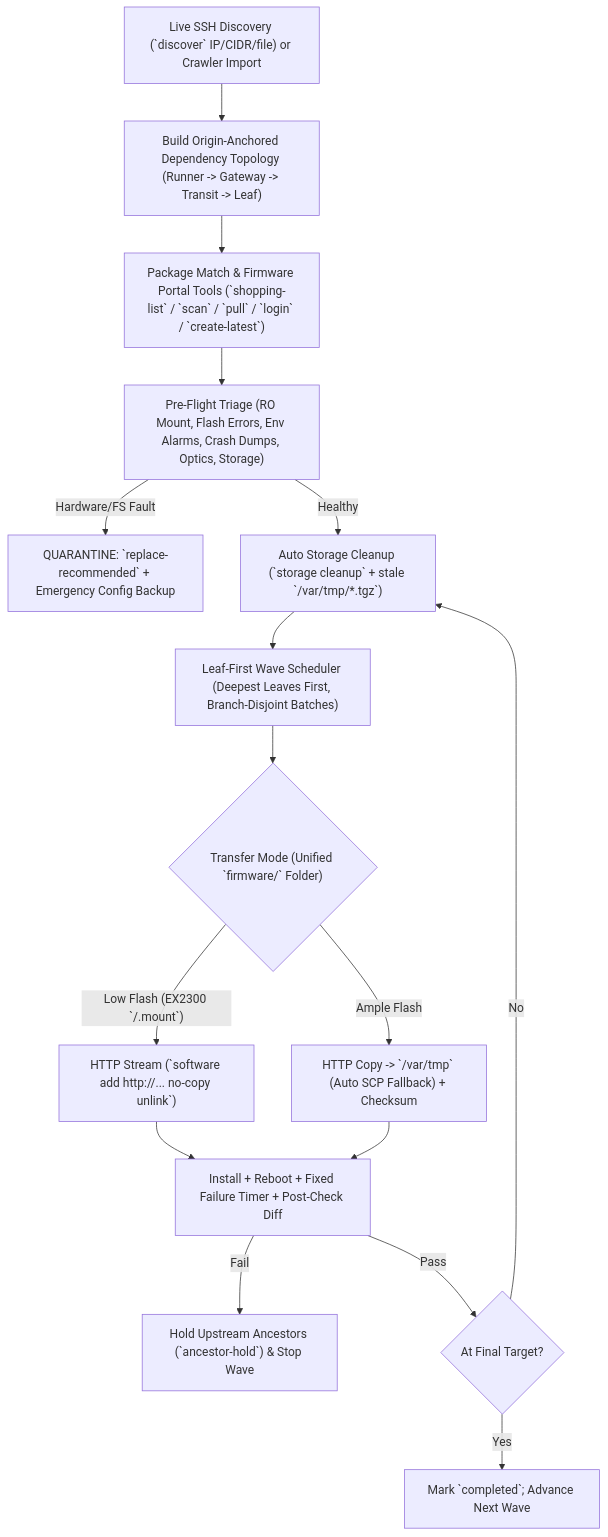
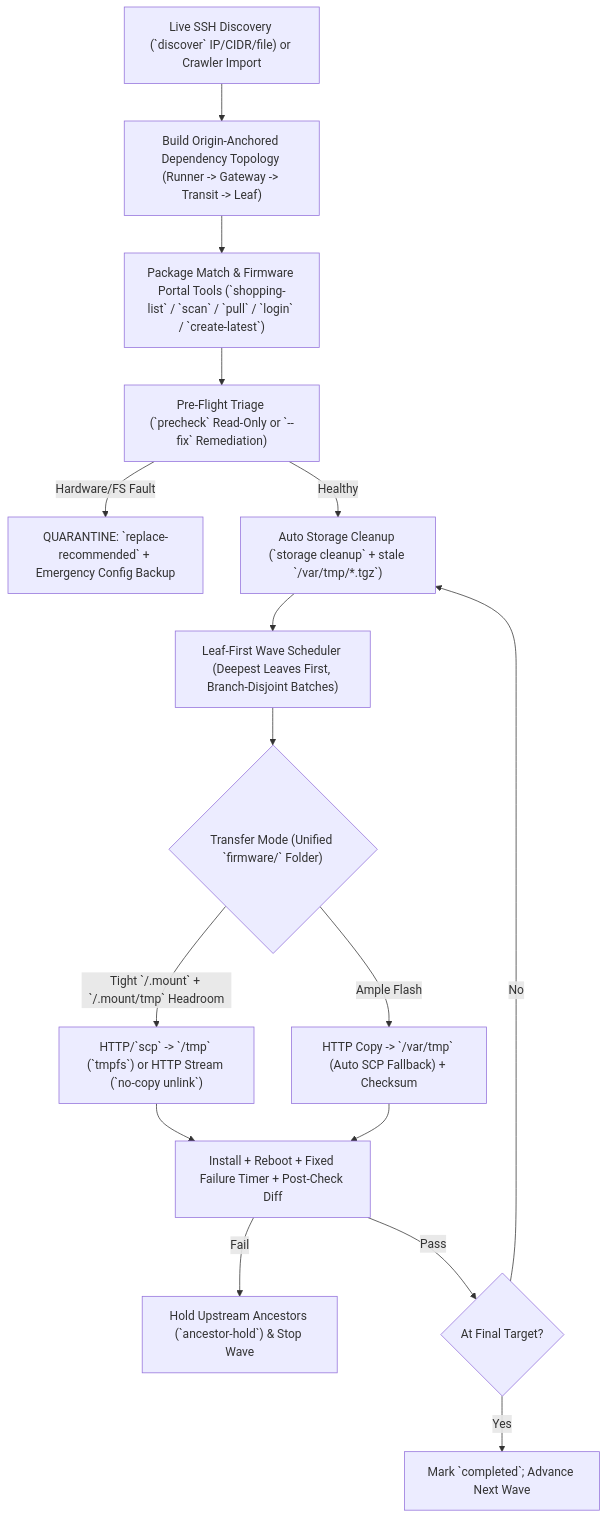
One commit to leifdavisson/junos-switch-upgrader changed the diagram in README.md. Above: the diagram before and after it, drawn with Mermaid. The commit also changed other lines of this file and 11 other files, not shown here.

First line of the commit message:
Add AAA-only SSH gate, precheck --fix with explicit fallback user, ssh-agent fix, and tmpfs/replay tests

````diff
--- a/README.md
+++ b/README.md
@@ -11,17 +11,17 @@
 ```mermaid
 flowchart TD
     A["Live SSH Discovery (`discover` IP/CIDR/file) or Crawler Import"] --> B["Build Origin-Anchored Dependency Topology (Runner -> Gateway -> Transit -> Leaf)"]
     B --> C["Package Match & Firmware Portal Tools (`shopping-list` / `scan` / `pull` / `login` / `create-latest`)"]
-    C --> D["Pre-Flight Triage (RO Mount, Flash Errors, Env Alarms, Crash Dumps, Optics, Storage)"]
+    C --> D["Pre-Flight Triage (`precheck` Read-Only or `--fix` Remediation)"]
     D -- "Hardware/FS Fault" --> E["QUARANTINE: `replace-recommended` + Emergency Config Backup"]
     D -- "Healthy" --> F["Auto Storage Cleanup (`storage cleanup` + stale `/var/tmp/*.tgz`)"]
     F --> G["Leaf-First Wave Scheduler (Deepest Leaves First, Branch-Disjoint Batches)"]
     G --> H{"Transfer Mode (Unified `firmware/` Folder)"}
-    H -- "Low Flash (EX2300 `/.mount`)" --> I["HTTP Stream (`software add http://... no-copy unlink`)"]
+    H -- "Tight `/.mount` + `/.mount/tmp` Headroom" --> I["HTTP/`scp` -> `/tmp` (`tmpfs`) or HTTP Stream (`no-copy unlink`)"]
     H -- "Ample Flash" --> J["HTTP Copy -> `/var/tmp` (Auto SCP Fallback) + Checksum"]
     I & J --> K["Install + Reboot + Fixed Failure Timer + Post-Check Diff"]
     K -- Fail --> L["Hold Upstream Ancestors (`ancestor-hold`) & Stop Wave"]
     K -- Pass --> M{"At Final Target?"}
     M -- No --> F
     M -- Yes --> N["Mark `completed`; Advance Next Wave"]
 ```
````
